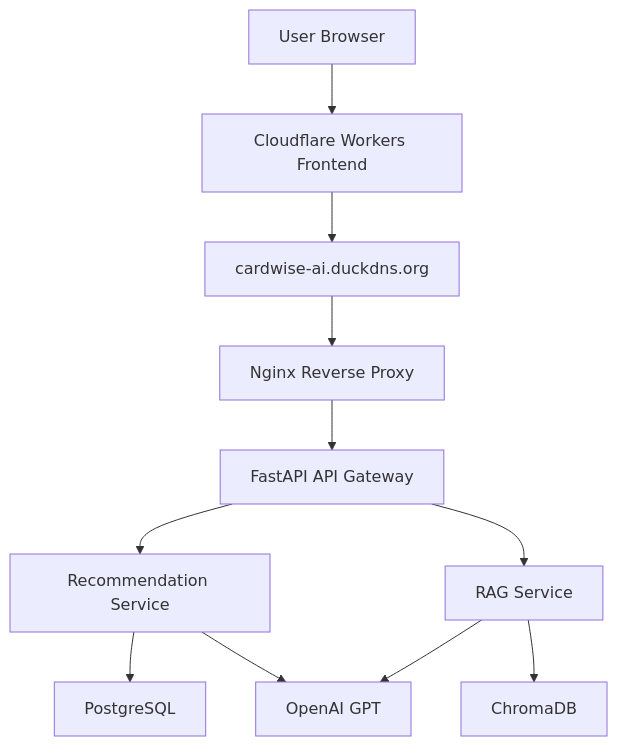
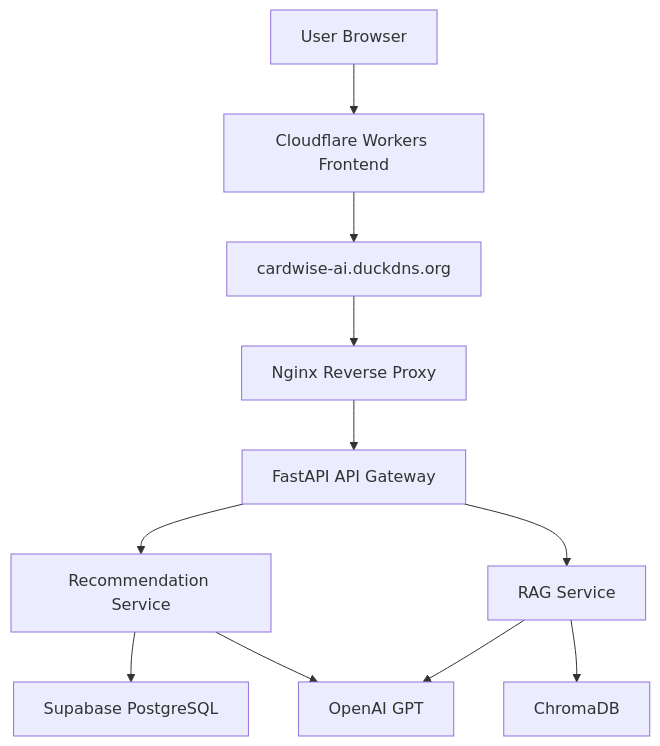
One commit to ajaysathriai-afk/cardwise-ai-platform changed the first of 4 diagrams in README.md. Above: the diagram before and after it, drawn with Mermaid. The commit also changed other lines of this file, not shown here.

````diff
--- a/README.md
+++ b/README.md
@@ -83,25 +87,25 @@
 ```mermaid
 flowchart TD
 
 A[User Browser]
 
 A --> B[Cloudflare Workers Frontend]
 
 B --> C[cardwise-ai.duckdns.org]
 
 C --> D[Nginx Reverse Proxy]
 
 D --> E[FastAPI API Gateway]
 
 E --> F[Recommendation Service]
 
 E --> G[RAG Service]
 
-F --> H[PostgreSQL]
+F --> H[Supabase PostgreSQL]
 
 F --> I[OpenAI GPT]
 
 G --> J[ChromaDB]
 
 G --> I
 ```
````
